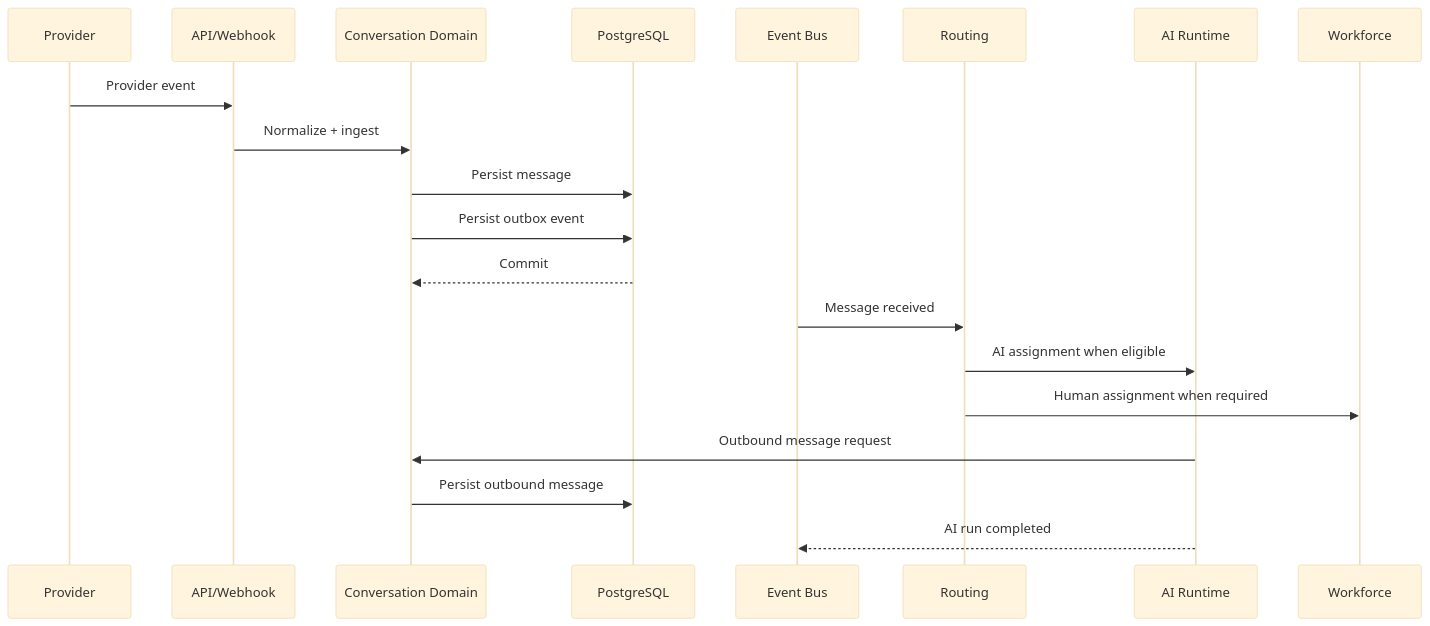
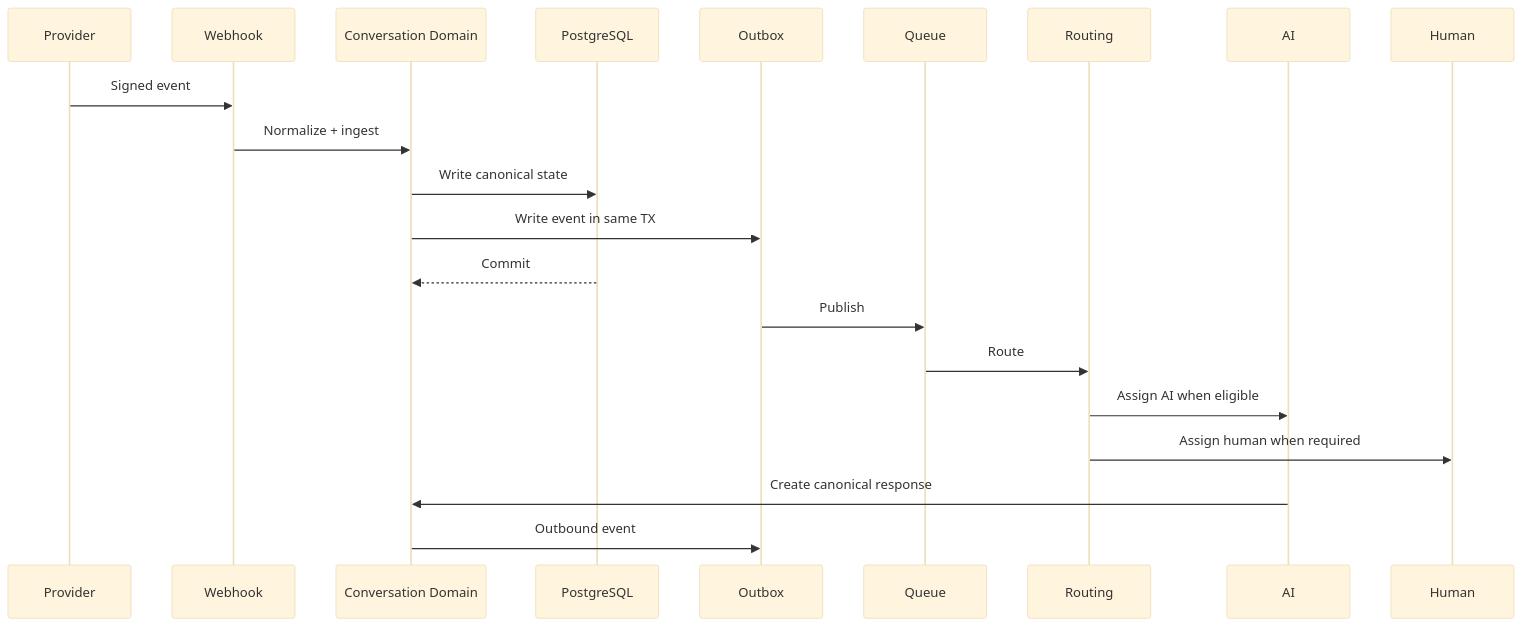
The second of 3 diagrams in docs/architecture/HLD.md (D-engahmed/OMILINKS), drawn with Mermaid (base theme) before and after one commit. The commit also changed other lines of this file and 4 other files, not shown here.

Commit message:
docs: deepen architecture implementation blueprints

```diff
--- a/docs/architecture/HLD.md
+++ b/docs/architecture/HLD.md
@@ -117,22 +123,23 @@
 ~~~mermaid
 sequenceDiagram
 participant P as Provider
-participant API as API/Webhook
-participant DOM as Conversation Domain
+participant W as Webhook
+participant D as Conversation Domain
 participant DB as PostgreSQL
-participant BUS as Event Bus
+participant O as Outbox
+participant Q as Queue
 participant R as Routing
-participant AI as AI Runtime
-participant W as Workforce
-P->>API: Provider event
-API->>DOM: Normalize + ingest
-DOM->>DB: Persist message
-DOM->>DB: Persist outbox event
-DB-->>DOM: Commit
-BUS->>R: Message received
-R->>AI: AI assignment when eligible
-R->>W: Human assignment when required
-AI->>DOM: Outbound message request
-DOM->>DB: Persist outbound message
-AI-->>BUS: AI run completed
+participant A as AI
+participant H as Human
+P->>W: Signed event
+W->>D: Normalize + ingest
+D->>DB: Write canonical state
+D->>O: Write event in same TX
+DB-->>D: Commit
+O->>Q: Publish
+Q->>R: Route
+R->>A: Assign AI when eligible
+R->>H: Assign human when required
+A->>D: Create canonical response
+D->>O: Outbound event
 ~~~
```
